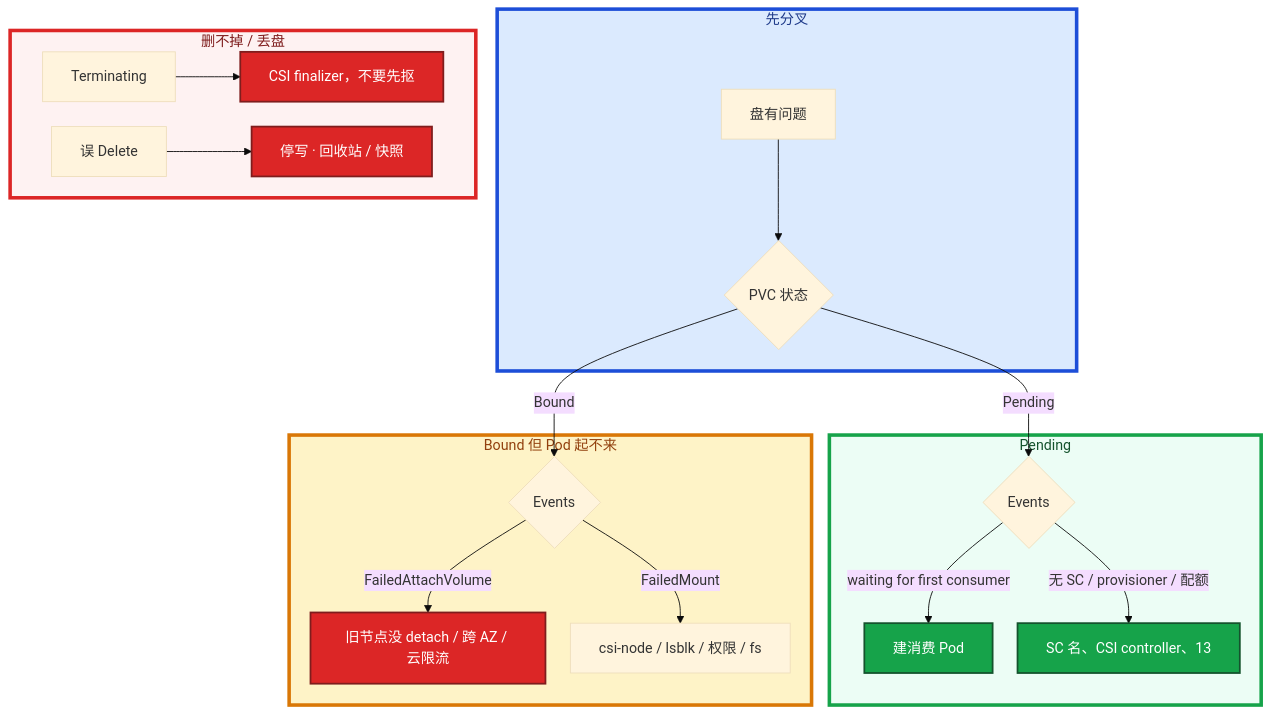
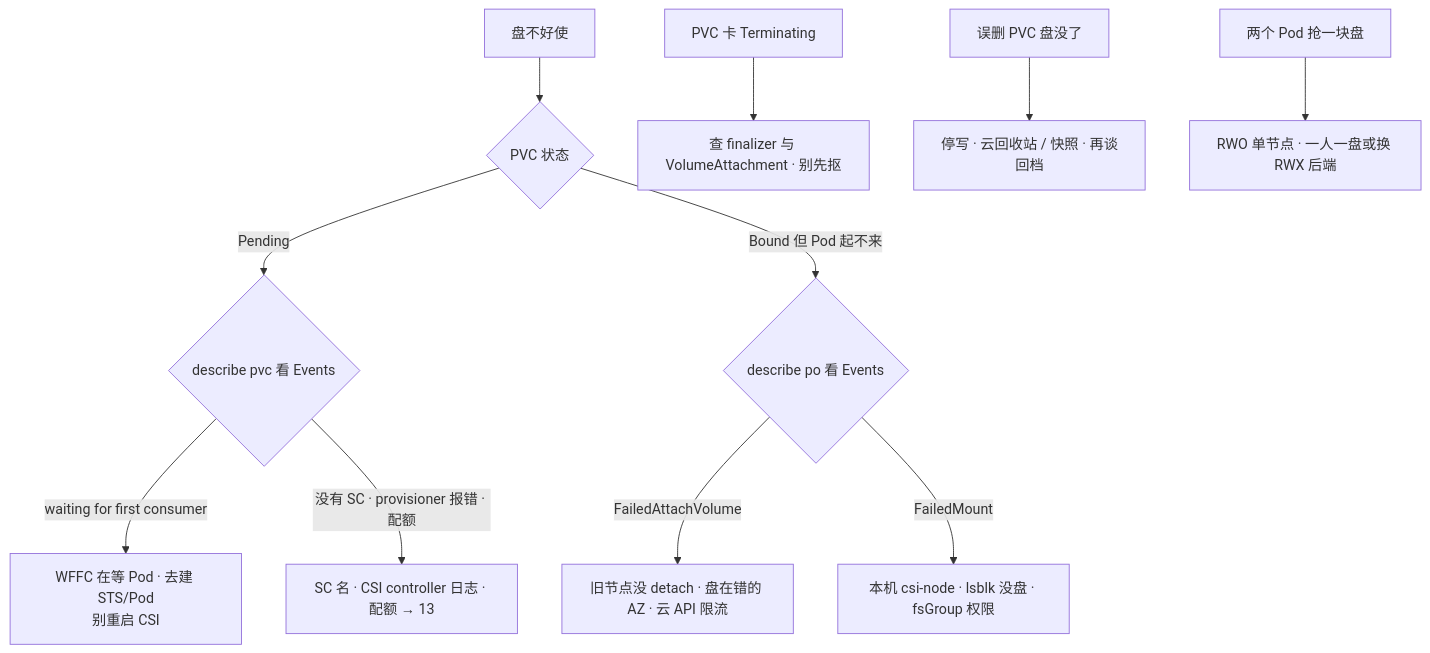
Before and after one commit to ml-cuizijun/LearnToLilith: the fifth of 5 diagrams in 03-Kubernetes/11-存储/知识点.md, drawn with Mermaid. The commit also changed other lines of this file and 470 other files, not shown here.

````diff
--- a/03-Kubernetes/11-存储/知识点.md
+++ b/03-Kubernetes/11-存储/知识点.md
@@ -531,34 +430,13 @@
 ```mermaid
-%%{init: {"flowchart": {"padding": 16, "nodeSpacing": 28, "rankSpacing": 48}, "theme": "base"}}%%
 flowchart TB
-    subgraph gate ["先分叉"]
-        A[盘有问题] --> B{PVC 状态}
-    end
-
-    subgraph pend ["Pending"]
-        B -->|Pending| C{Events}
-        C -->|waiting for first consumer| D[建消费 Pod]
-        C -->|无 SC / provisioner / 配额| E[SC 名、CSI controller、13]
-    end
-
-    subgraph run ["Bound 但 Pod 起不来"]
-        B -->|Bound| F{Events}
-        F -->|FailedAttachVolume| G[旧节点没 detach / 跨 AZ / 云限流]
-        F -->|FailedMount| H[csi-node / lsblk / 权限 / fs]
-    end
-
-    subgraph del ["删不掉 / 丢盘"]
-        I[Terminating] --> J[CSI finalizer，不要先抠]
-        K[误 Delete] --> L[停写 · 回收站 / 快照]
-    end
-
-    classDef ok fill:#16A34A,stroke:#14532D,stroke-width:2px,color:#fff
-    classDef bad fill:#DC2626,stroke:#7F1D1D,stroke-width:2px,color:#fff
-    class D,E ok
-    class G,J,L bad
-
-    style gate fill:#DBEAFE,stroke:#1D4ED8,stroke-width:4px,color:#1E3A8A
-    style pend fill:#ECFDF5,stroke:#16A34A,stroke-width:4px,color:#14532D
-    style run fill:#FEF3C7,stroke:#D97706,stroke-width:4px,color:#92400E
-    style del fill:#FEF2F2,stroke:#DC2626,stroke-width:4px,color:#7F1D1D
+    A[盘不好使] --> B{PVC 状态}
+    B -->|Pending| C{describe pvc 看 Events}
+    C -->|waiting for first consumer| D[WFFC 在等 Pod · 去建 STS/Pod<br/>别重启 CSI]
+    C -->|没有 SC · provisioner 报错 · 配额| E[SC 名 · CSI controller 日志 · 配额 → 13]
+    B -->|Bound 但 Pod 起不来| F{describe po 看 Events}
+    F -->|FailedAttachVolume| G[旧节点没 detach · 盘在错的 AZ · 云 API 限流]
+    F -->|FailedMount| H[本机 csi-node · lsblk 没盘 · fsGroup 权限]
+    I[PVC 卡 Terminating] --> J[查 finalizer 与 VolumeAttachment · 别先抠]
+    K[误删 PVC 盘没了] --> L[停写 · 云回收站 / 快照 · 再谈回档]
+    M[两个 Pod 抢一块盘] --> N[RWO 单节点 · 一人一盘或换 RWX 后端]
 ```
````
